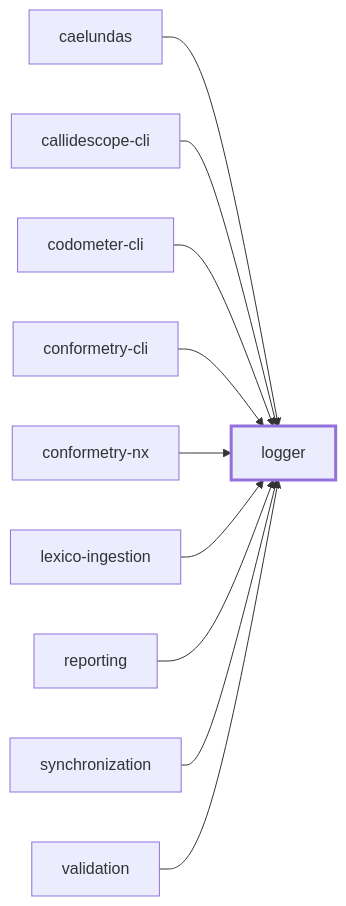
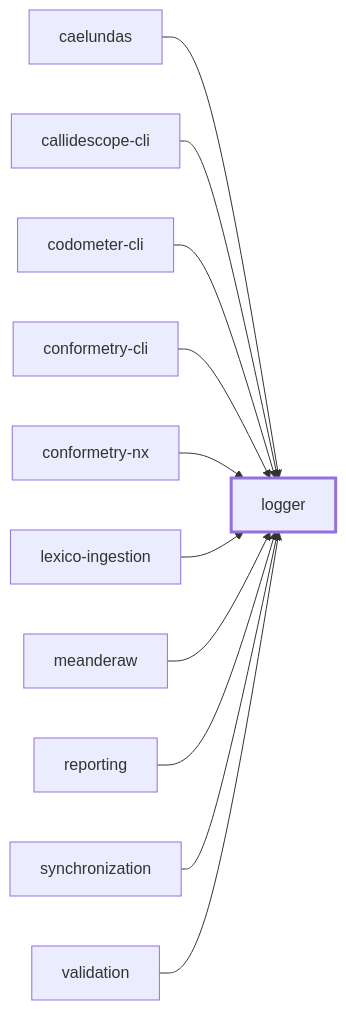
The first of 2 diagrams in packages/logger/README.md (JimmyPaolini/codebase), drawn with Mermaid before and after one commit. The commit also changed 31 other files, not shown here.

````diff
--- a/packages/logger/README.md
+++ b/packages/logger/README.md
@@ -77,24 +77,26 @@
 ```mermaid
 flowchart LR
   caelundas["caelundas"]
   callidescope_cli["callidescope-cli"]
   codometer_cli["codometer-cli"]
   conformetry_cli["conformetry-cli"]
   conformetry_nx["conformetry-nx"]
   lexico_ingestion["lexico-ingestion"]
   logger["logger"]
+  meanderaw["meanderaw"]
   reporting["reporting"]
   synchronization["synchronization"]
   validation["validation"]
   caelundas --> logger
   callidescope_cli --> logger
   codometer_cli --> logger
   conformetry_cli --> logger
   conformetry_nx --> logger
   lexico_ingestion --> logger
+  meanderaw --> logger
   reporting --> logger
   synchronization --> logger
   validation --> logger
   classDef subject stroke-width:3px
   class logger subject
 ```
````
